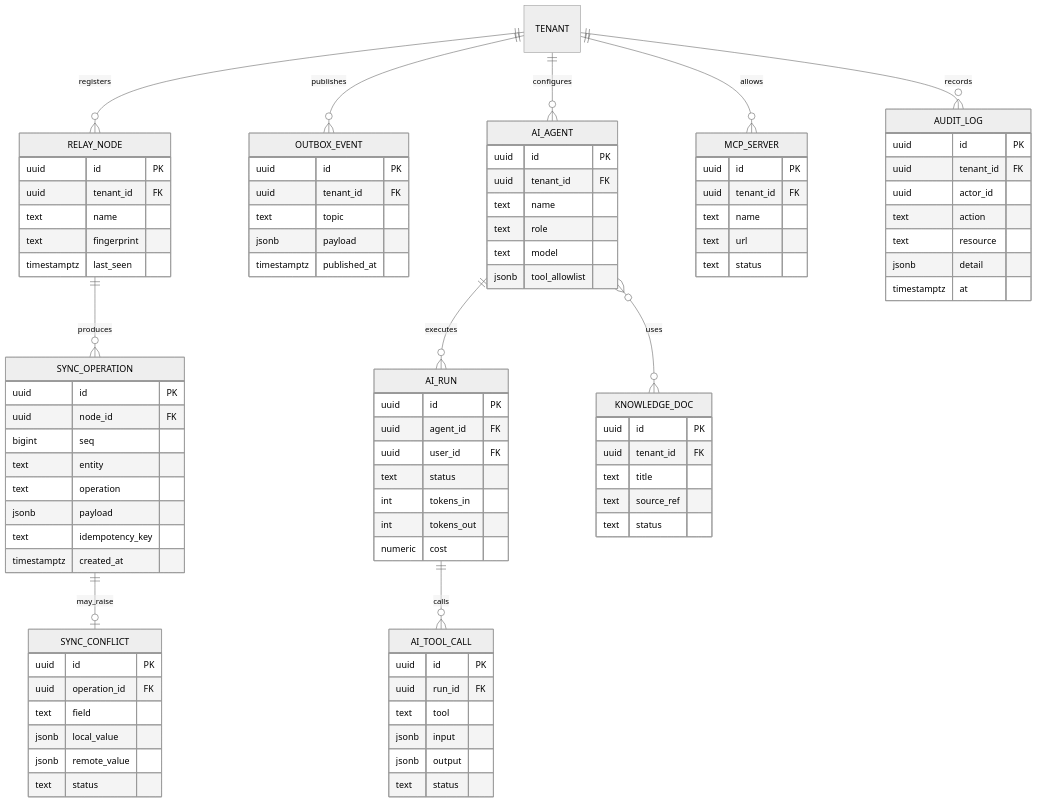
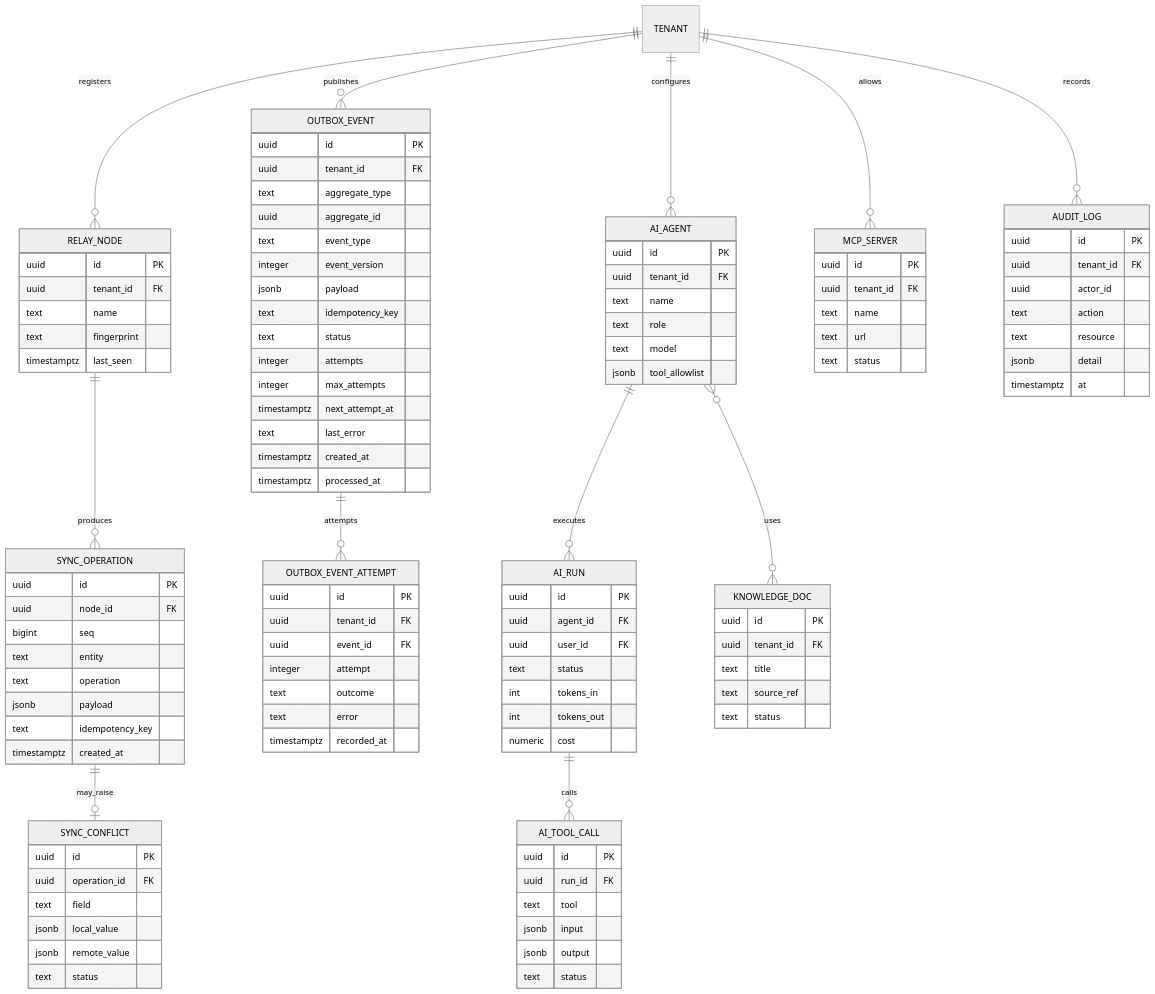
The fourth of 6 diagrams in docs/data/DER.md (alltomatos/amparius), drawn with Mermaid (neutral theme) before and after one commit. The commit also changed 8 other files, not shown here.

Commit message:
feat(outbox): adiciona dispatch idempotente por tenant

```diff
--- a/docs/data/DER.md
+++ b/docs/data/DER.md
@@ -394,6 +394,7 @@
   RELAY_NODE ||--o{ SYNC_OPERATION : produces
   SYNC_OPERATION ||--o| SYNC_CONFLICT : may_raise
   TENANT ||--o{ OUTBOX_EVENT : publishes
+  OUTBOX_EVENT ||--o{ OUTBOX_EVENT_ATTEMPT : attempts
   TENANT ||--o{ AI_AGENT : configures
   AI_AGENT ||--o{ AI_RUN : executes
   AI_RUN ||--o{ AI_TOOL_CALL : calls
@@ -422,9 +423,26 @@
                   text status }
   OUTBOX_EVENT { uuid id PK
                  uuid tenant_id FK
-                 text topic
+                 text aggregate_type
+                 uuid aggregate_id
+                 text event_type
+                 integer event_version
                  jsonb payload
-                 timestamptz published_at }
+                 text idempotency_key
+                 text status
+                 integer attempts
+                 integer max_attempts
+                 timestamptz next_attempt_at
+                 text last_error
+                 timestamptz created_at
+                 timestamptz processed_at }
+  OUTBOX_EVENT_ATTEMPT { uuid id PK
+                         uuid tenant_id FK
+                         uuid event_id FK
+                         integer attempt
+                         text outcome
+                         text error
+                         timestamptz recorded_at }
   AI_AGENT { uuid id PK
              uuid tenant_id FK
              text name
```
